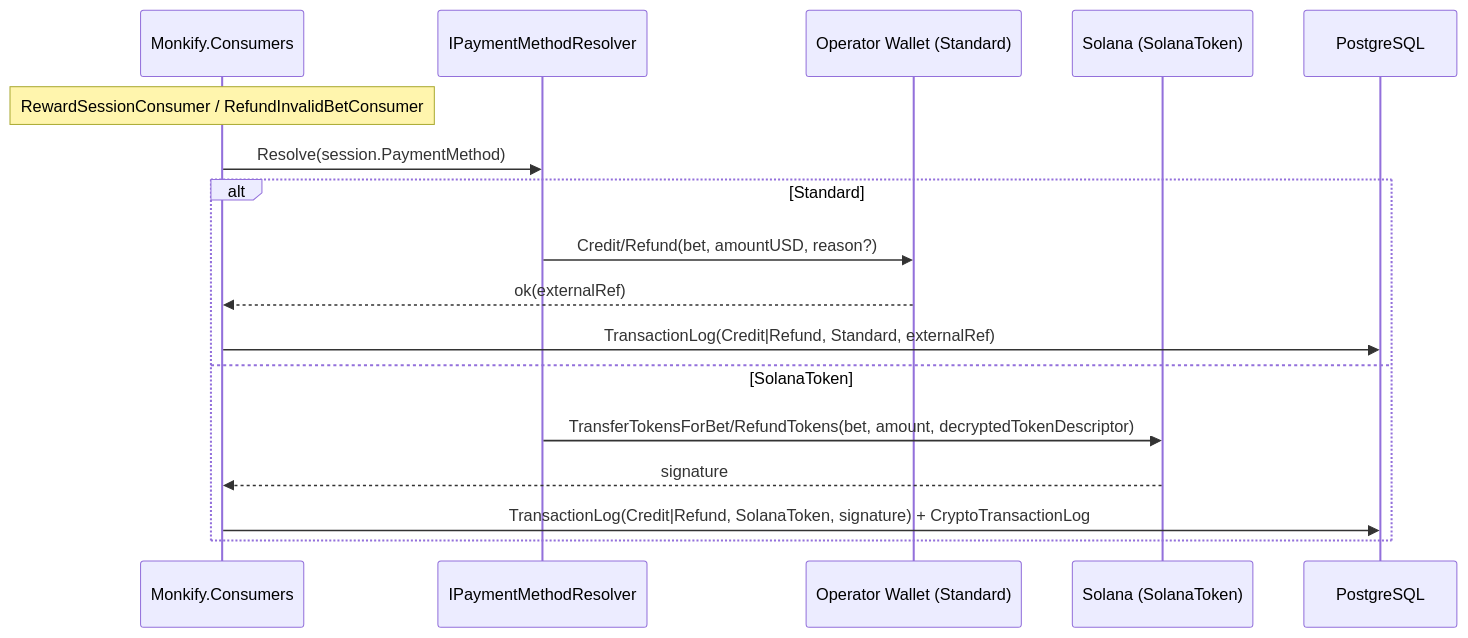
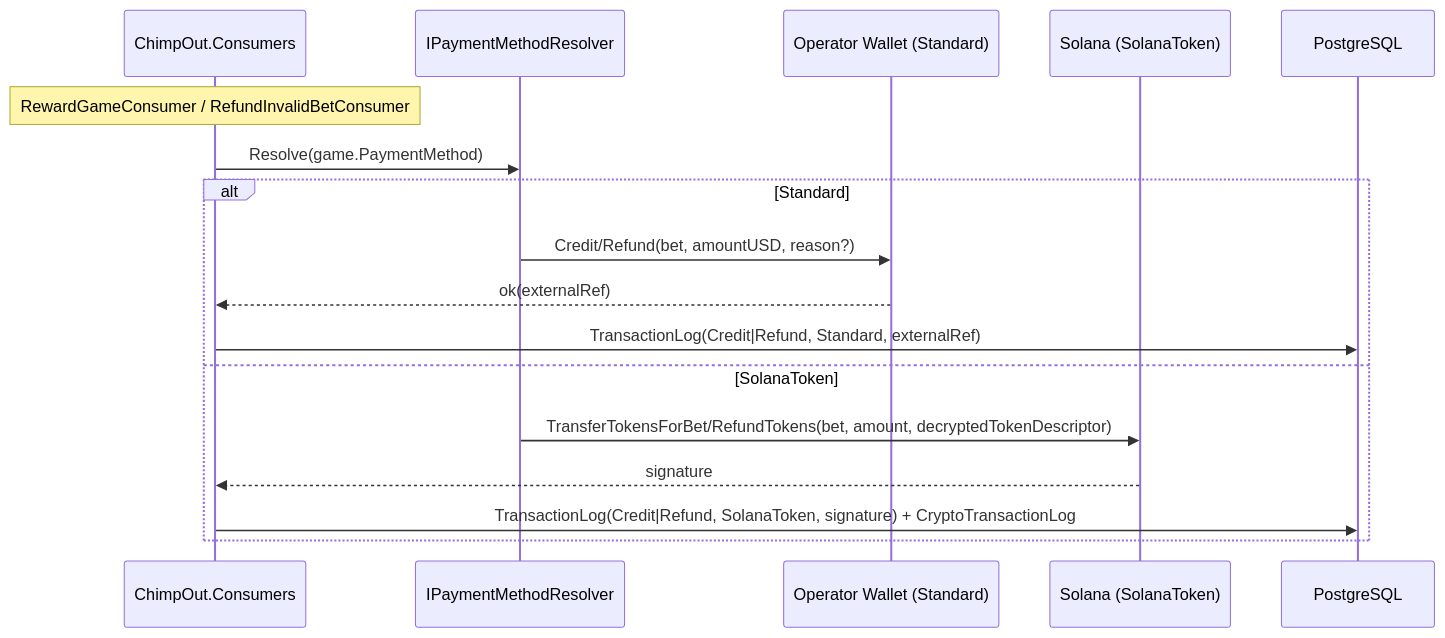
One commit to marcusruas/monkify-meta changed the third of 3 diagrams in specs/payment-methods-refactor.md. Above: the diagram before and after it, drawn with Mermaid. The commit also changed other lines of this file and 57 other files, not shown here.

First line of the commit message:
Rebrand: Monkify->ChimpOut, Session->Game in KB prose (monkify-meta)

````diff
--- a/specs/payment-methods-refactor.md
+++ b/specs/payment-methods-refactor.md
@@ -591,20 +591,20 @@
 ```mermaid
 sequenceDiagram
-    participant C as Monkify.Consumers
+    participant C as ChimpOut.Consumers
     participant PM as IPaymentMethodResolver
     participant W as Operator Wallet (Standard)
     participant SOL as Solana (SolanaToken)
     participant DB as PostgreSQL
 
-    note over C: RewardSessionConsumer / RefundInvalidBetConsumer
-    C->>PM: Resolve(session.PaymentMethod)
+    note over C: RewardGameConsumer / RefundInvalidBetConsumer
+    C->>PM: Resolve(game.PaymentMethod)
     alt Standard
         PM->>W: Credit/Refund(bet, amountUSD, reason?)
         W-->>C: ok(externalRef)
         C->>DB: TransactionLog(Credit|Refund, Standard, externalRef)
     else SolanaToken
         PM->>SOL: TransferTokensForBet/RefundTokens(bet, amount, decryptedTokenDescriptor)
         SOL-->>C: signature
         C->>DB: TransactionLog(Credit|Refund, SolanaToken, signature) + CryptoTransactionLog
     end
 ```
````
